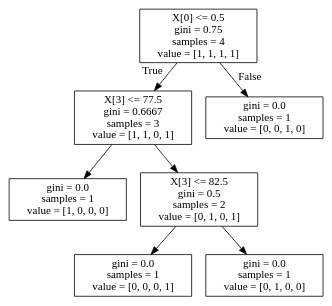
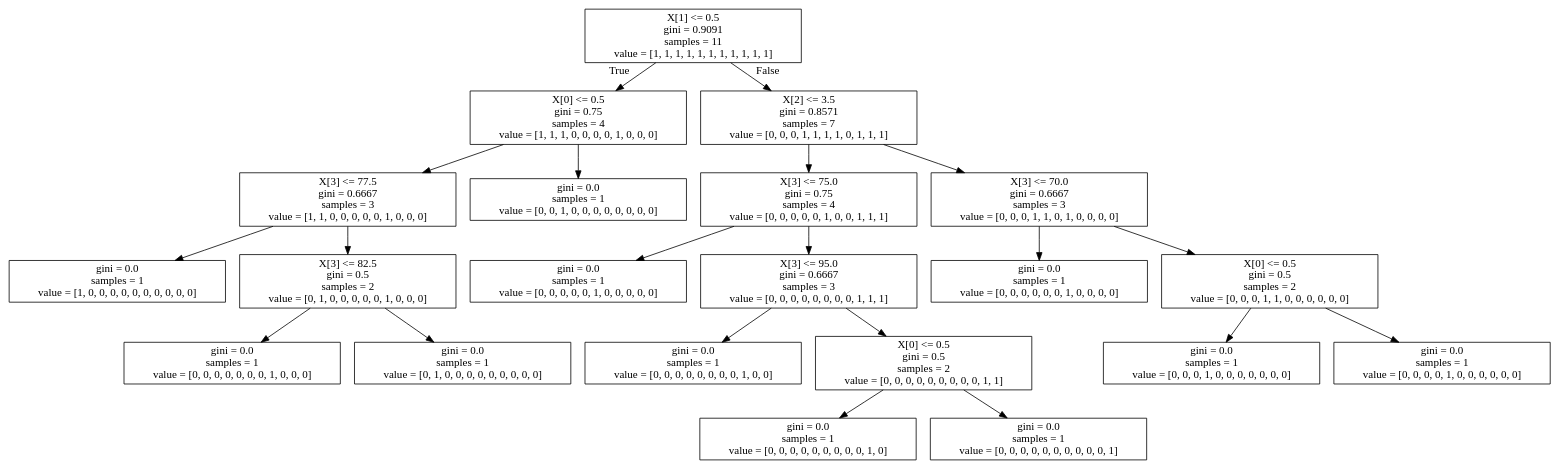
The diagram in tree.dot (Meepit/Exercise-Routine-Recommender), drawn with Graphviz before and after one commit. The commit also changed 15 other files, not shown here.

```diff
--- a/tree.dot
+++ b/tree.dot
@@ -1,16 +1,44 @@
 digraph Tree {
 node [shape=box] ;
-0 [label="X[0] <= 0.5\ngini = 0.75\nsamples = 4\nvalue = [1, 1, 1, 1]"] ;
-1 [label="X[3] <= 77.5\ngini = 0.6667\nsamples = 3\nvalue = [1, 1, 0, 1]"] ;
+0 [label="X[1] <= 0.5\ngini = 0.9091\nsamples = 11\nvalue = [1, 1, 1, 1, 1, 1, 1, 1, 1, 1, 1]"] ;
+1 [label="X[0] <= 0.5\ngini = 0.75\nsamples = 4\nvalue = [1, 1, 1, 0, 0, 0, 0, 1, 0, 0, 0]"] ;
 0 -> 1 [labeldistance=2.5, labelangle=45, headlabel="True"] ;
-2 [label="gini = 0.0\nsamples = 1\nvalue = [1, 0, 0, 0]"] ;
+2 [label="X[3] <= 77.5\ngini = 0.6667\nsamples = 3\nvalue = [1, 1, 0, 0, 0, 0, 0, 1, 0, 0, 0]"] ;
 1 -> 2 ;
-3 [label="X[3] <= 82.5\ngini = 0.5\nsamples = 2\nvalue = [0, 1, 0, 1]"] ;
-1 -> 3 ;
-4 [label="gini = 0.0\nsamples = 1\nvalue = [0, 0, 0, 1]"] ;
-3 -> 4 ;
-5 [label="gini = 0.0\nsamples = 1\nvalue = [0, 1, 0, 0]"] ;
-3 -> 5 ;
-6 [label="gini = 0.0\nsamples = 1\nvalue = [0, 0, 1, 0]"] ;
-0 -> 6 [labeldistance=2.5, labelangle=-45, headlabel="False"] ;
+3 [label="gini = 0.0\nsamples = 1\nvalue = [1, 0, 0, 0, 0, 0, 0, 0, 0, 0, 0]"] ;
+2 -> 3 ;
+4 [label="X[3] <= 82.5\ngini = 0.5\nsamples = 2\nvalue = [0, 1, 0, 0, 0, 0, 0, 1, 0, 0, 0]"] ;
+2 -> 4 ;
+5 [label="gini = 0.0\nsamples = 1\nvalue = [0, 0, 0, 0, 0, 0, 0, 1, 0, 0, 0]"] ;
+4 -> 5 ;
+6 [label="gini = 0.0\nsamples = 1\nvalue = [0, 1, 0, 0, 0, 0, 0, 0, 0, 0, 0]"] ;
+4 -> 6 ;
+7 [label="gini = 0.0\nsamples = 1\nvalue = [0, 0, 1, 0, 0, 0, 0, 0, 0, 0, 0]"] ;
+1 -> 7 ;
+8 [label="X[2] <= 3.5\ngini = 0.8571\nsamples = 7\nvalue = [0, 0, 0, 1, 1, 1, 1, 0, 1, 1, 1]"] ;
+0 -> 8 [labeldistance=2.5, labelangle=-45, headlabel="False"] ;
+9 [label="X[3] <= 75.0\ngini = 0.75\nsamples = 4\nvalue = [0, 0, 0, 0, 0, 1, 0, 0, 1, 1, 1]"] ;
+8 -> 9 ;
+10 [label="gini = 0.0\nsamples = 1\nvalue = [0, 0, 0, 0, 0, 1, 0, 0, 0, 0, 0]"] ;
+9 -> 10 ;
+11 [label="X[3] <= 95.0\ngini = 0.6667\nsamples = 3\nvalue = [0, 0, 0, 0, 0, 0, 0, 0, 1, 1, 1]"] ;
+9 -> 11 ;
+12 [label="gini = 0.0\nsamples = 1\nvalue = [0, 0, 0, 0, 0, 0, 0, 0, 1, 0, 0]"] ;
+11 -> 12 ;
+13 [label="X[0] <= 0.5\ngini = 0.5\nsamples = 2\nvalue = [0, 0, 0, 0, 0, 0, 0, 0, 0, 1, 1]"] ;
+11 -> 13 ;
+14 [label="gini = 0.0\nsamples = 1\nvalue = [0, 0, 0, 0, 0, 0, 0, 0, 0, 1, 0]"] ;
+13 -> 14 ;
+15 [label="gini = 0.0\nsamples = 1\nvalue = [0, 0, 0, 0, 0, 0, 0, 0, 0, 0, 1]"] ;
+13 -> 15 ;
+16 [label="X[3] <= 70.0\ngini = 0.6667\nsamples = 3\nvalue = [0, 0, 0, 1, 1, 0, 1, 0, 0, 0, 0]"] ;
+8 -> 16 ;
+17 [label="gini = 0.0\nsamples = 1\nvalue = [0, 0, 0, 0, 0, 0, 1, 0, 0, 0, 0]"] ;
+16 -> 17 ;
+18 [label="X[0] <= 0.5\ngini = 0.5\nsamples = 2\nvalue = [0, 0, 0, 1, 1, 0, 0, 0, 0, 0, 0]"] ;
+16 -> 18 ;
+19 [label="gini = 0.0\nsamples = 1\nvalue = [0, 0, 0, 1, 0, 0, 0, 0, 0, 0, 0]"] ;
+18 -> 19 ;
+20 [label="gini = 0.0\nsamples = 1\nvalue = [0, 0, 0, 0, 1, 0, 0, 0, 0, 0, 0]"] ;
+18 -> 20 ;
 }
```
